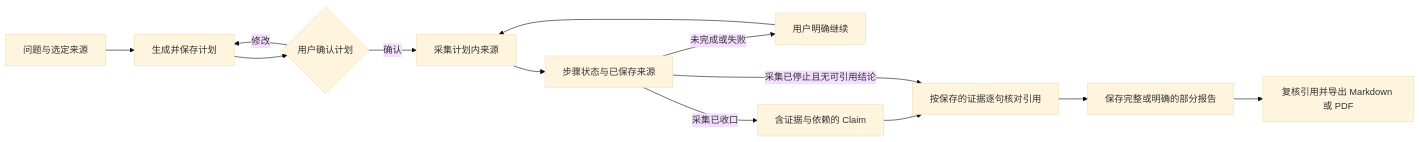
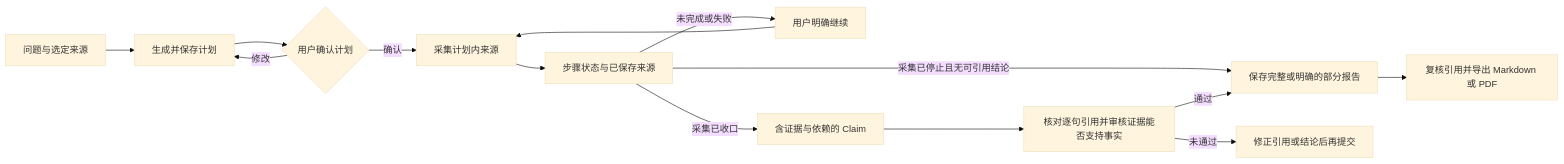
One commit to ChaoDiDiaoAA/Flowmate changed the first of 2 diagrams in docs/public/workflows.zh-CN.md. Above: the diagram before and after it, drawn with Mermaid (base theme). The commit also changed other lines of this file and 57 other files, not shown here.

````diff
--- a/docs/public/workflows.zh-CN.md
+++ b/docs/public/workflows.zh-CN.md
@@ -21,15 +21,16 @@
 ```mermaid
 flowchart LR
   Input[问题与选定来源] --> Plan[生成并保存计划]
   Plan --> Confirm{用户确认计划}
   Confirm -->|修改| Plan
   Confirm -->|确认| Read[采集计划内来源]
   Read --> Evidence[步骤状态与已保存来源]
   Evidence -->|未完成或失败| Continue[用户明确继续]
   Continue --> Read
   Evidence -->|采集已收口| Claims[含证据与依赖的 Claim]
-  Claims --> Check[按保存的证据逐句核对引用]
-  Evidence -->|采集已停止且无可引用结论| Check
-  Check --> Report[保存完整或明确的部分报告]
+  Claims --> Check[核对逐句引用并审核证据能否支持事实]
+  Evidence -->|采集已停止且无可引用结论| Report
+  Check -->|通过| Report[保存完整或明确的部分报告]
+  Check -->|未通过| Revise[修正引用或结论后再提交]
   Report --> Review[复核引用并导出 Markdown 或 PDF]
 ```
````
